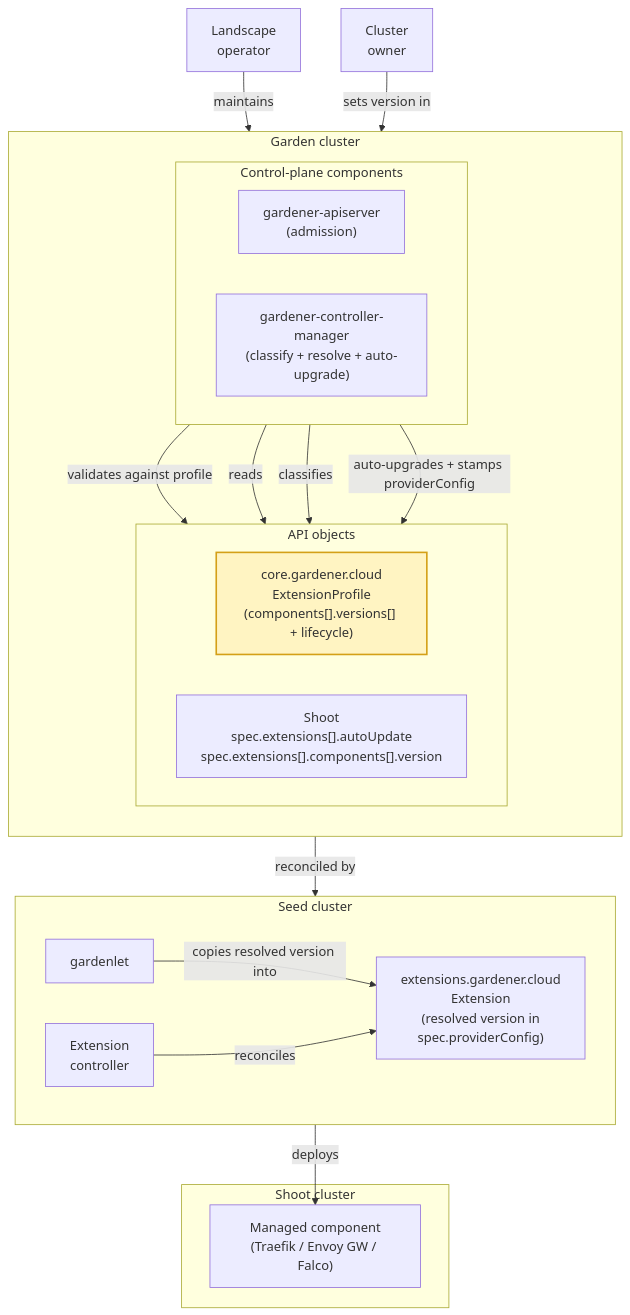
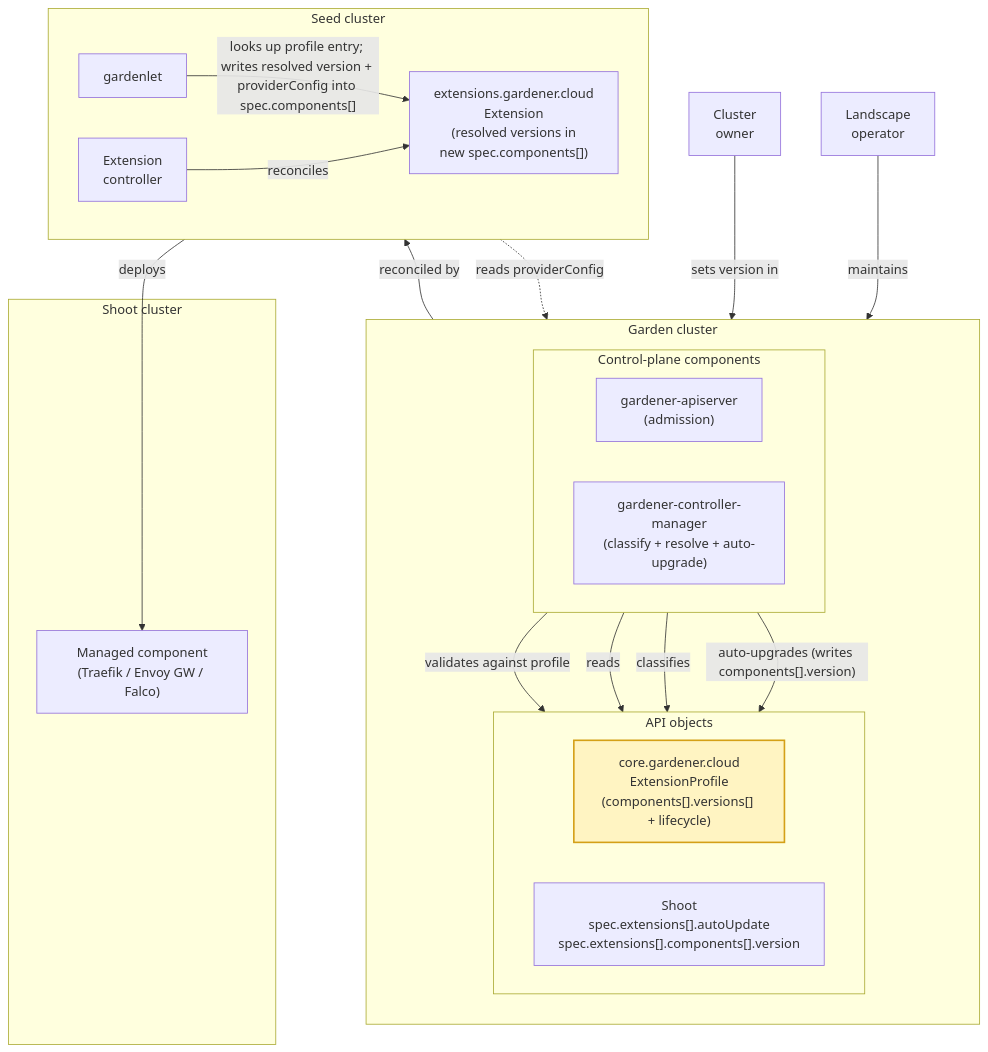
One commit to DockToFuture/enhancements changed the second of 3 diagrams in geps/0078-extension-profile/README.md. Above: the diagram before and after it, drawn with Mermaid. The commit also changed other lines of this file and 5 other files, not shown here.

````diff
--- a/geps/0078-extension-profile/README.md
+++ b/geps/0078-extension-profile/README.md
@@ -489,56 +503,57 @@
 ```mermaid
 flowchart TB
   %% ── Row 1: Actors ─────────────────────────────────────────
   OP["Landscape<br/>operator"]
   OWN["Cluster<br/>owner"]
 
   %% ── Row 2: Garden cluster (API objects, then controllers) ─
   subgraph Garden["Garden cluster"]
     direction TB
     subgraph GardenAPIs["API objects"]
       direction LR
       PROF["core.gardener.cloud<br/>ExtensionProfile<br/>(components[].versions[] + lifecycle)"]
       SH["Shoot<br/>spec.extensions[].autoUpdate<br/>spec.extensions[].components[].version"]
     end
     subgraph GardenCtrl["Control-plane components"]
       direction LR
       GAPI["gardener-apiserver<br/>(admission)"]
       GCM["gardener-controller-manager<br/>(classify + resolve + auto-upgrade)"]
     end
     GardenAPIs ~~~ GardenCtrl
   end
 
   %% ── Row 3: Seed cluster ───────────────────────────────────
   subgraph Seed["Seed cluster"]
     direction LR
     GL["gardenlet"]
-    EXTSEED["extensions.gardener.cloud<br/>Extension<br/>(resolved version in<br/>spec.providerConfig)"]
+    EXTSEED["extensions.gardener.cloud<br/>Extension<br/>(resolved versions in<br/>new spec.components[])"]
     EXT["Extension<br/>controller"]
   end
 
   %% ── Row 4: Managed component ──────────────────────────────
   subgraph ShootCluster["Shoot cluster"]
     PAY["Managed component<br/>(Traefik / Envoy GW / Falco)"]
   end
 
   %% Actor → specific API object (not the whole garden box)
   OP  -- maintains          --> PROF
   OWN -- sets version in       --> SH
 
   %% Admission & classification (arrows flow controllers → APIs
   %% so the layout engine ranks API objects above controllers)
   GAPI -- validates against profile --> SH
   GAPI -- reads                      --> PROF
   GCM  -- classifies                 --> PROF
-  GCM  -- auto-upgrades + stamps providerConfig --> SH
+  GCM  -- "auto-upgrades (writes components[].version)" --> SH
 
   %% Garden → seed → shoot deployment path
-  SH   -- reconciled by                 --> GL
-  GL   -- copies resolved version into  --> EXTSEED
-  EXT  -- reconciles                    --> EXTSEED
-  EXT  -- deploys                       --> PAY
+  SH   -- reconciled by                       --> GL
+  GL   -- "looks up profile entry; writes resolved version + providerConfig into spec.components[]" --> EXTSEED
+  GL   -. reads providerConfig .->              PROF
+  EXT  -- reconciles                          --> EXTSEED
+  EXT  -- deploys                             --> PAY
 
   %% Highlight where the version list lives
   classDef newResource fill:#fff4c2,stroke:#d4a017,stroke-width:2px;
   class PROF newResource;
 ```
````
